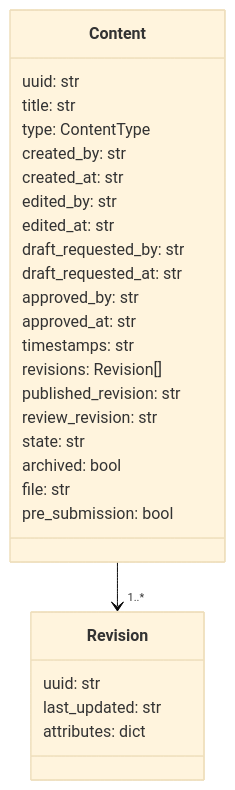
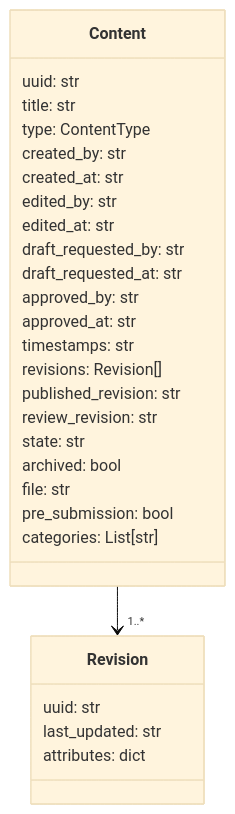
One commit to tng-coop/CmsWorkflow changed the first of 2 diagrams in docs/DataStructure.md. Above: the diagram before and after it, drawn with Mermaid (base theme). The commit also changed other lines of this file and 5 other files, not shown here.

````diff
--- a/docs/DataStructure.md
+++ b/docs/DataStructure.md
@@ -5,30 +5,31 @@
 ```mermaid
 classDiagram
     class Content {
         uuid: str
         title: str
         type: ContentType
         created_by: str
         created_at: str
         edited_by: str
         edited_at: str
         draft_requested_by: str
         draft_requested_at: str
         approved_by: str
         approved_at: str
         timestamps: str
         revisions: Revision[]
         published_revision: str
         review_revision: str
         state: str
         archived: bool
         file: str
         pre_submission: bool
+        categories: List[str]
     }
     class Revision {
         uuid: str
         last_updated: str
         attributes: dict
     }
     Content --> "1..*" Revision
 ```
````
